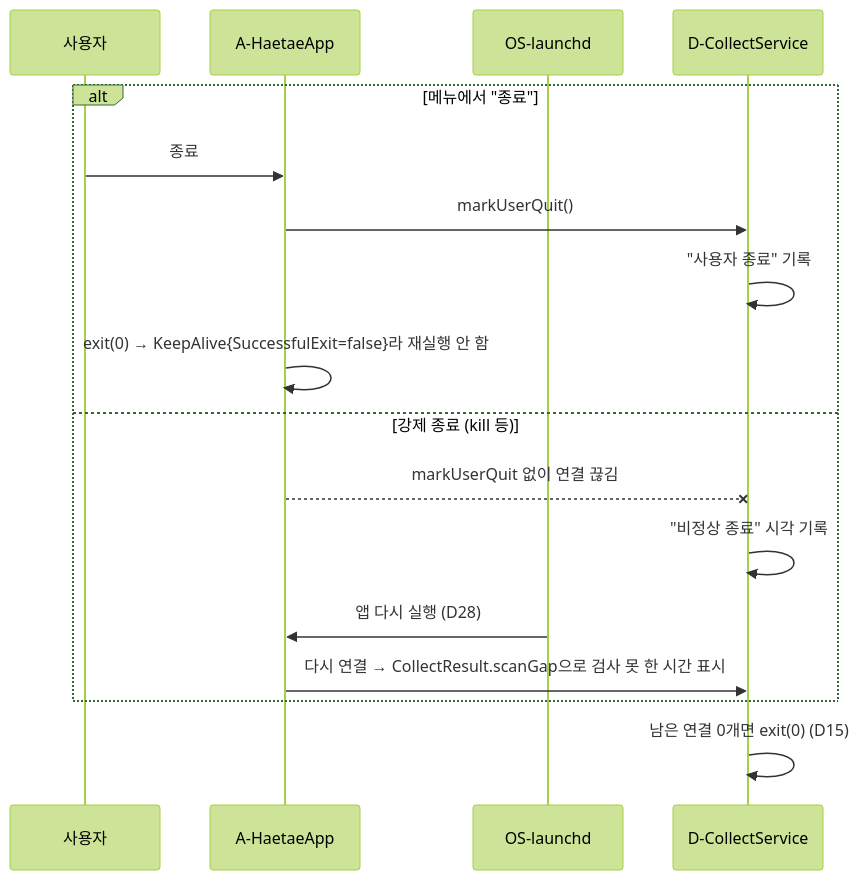
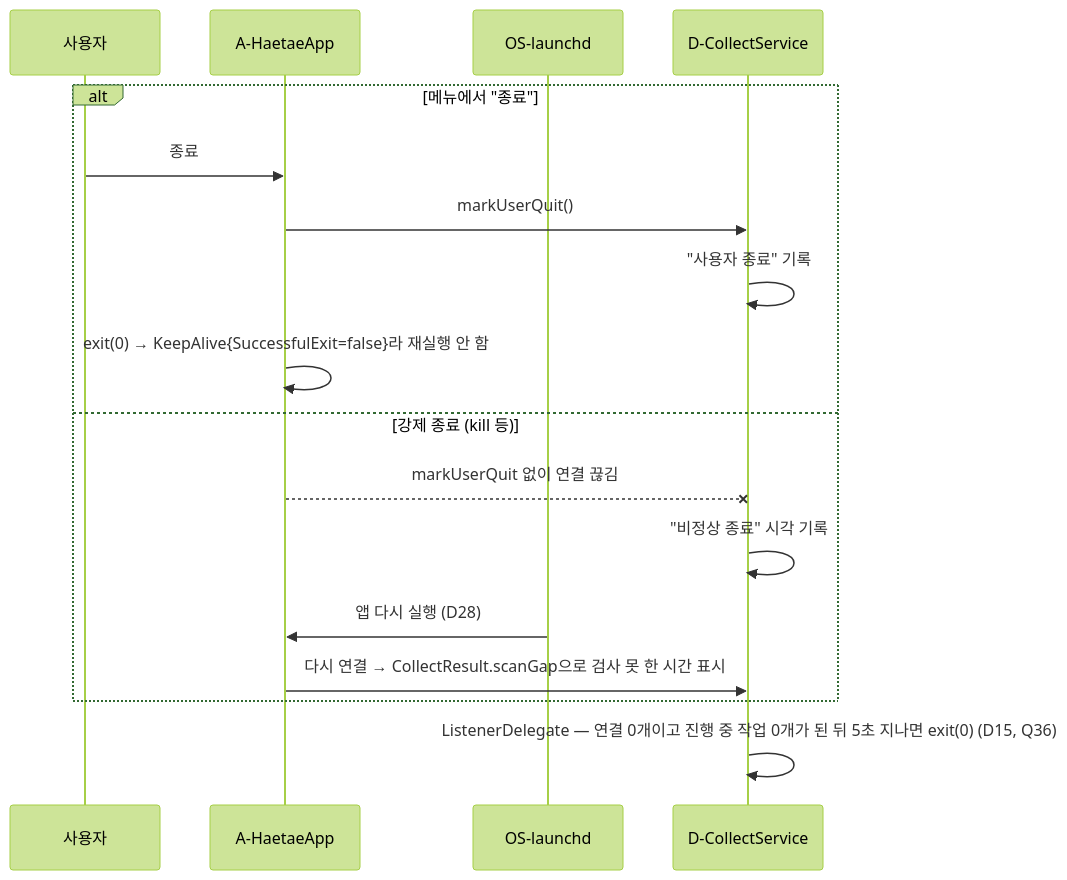
One commit to 10000DOO/Haetae changed the fourth of 7 diagrams in docs/haetae-security-monitor.md. Above: the diagram before and after it, drawn with Mermaid (forest theme). The commit also changed other lines of this file and 1 other file, not shown here.

````diff
--- a/docs/haetae-security-monitor.md
+++ b/docs/haetae-security-monitor.md
@@ -354,19 +353,19 @@
 ```mermaid
 sequenceDiagram
     participant U as 사용자
     participant A as A-HaetaeApp
     participant L as OS-launchd
     participant D as D-CollectService
     alt 메뉴에서 "종료"
         U->>A: 종료
         A->>D: markUserQuit()
         D->>D: "사용자 종료" 기록
         A->>A: exit(0) → KeepAlive{SuccessfulExit=false}라 재실행 안 함
     else 강제 종료 (kill 등)
         A--xD: markUserQuit 없이 연결 끊김
         D->>D: "비정상 종료" 시각 기록
         L->>A: 앱 다시 실행 (D28)
         A->>D: 다시 연결 → CollectResult.scanGap으로 검사 못 한 시간 표시
     end
-    D->>D: 남은 연결 0개면 exit(0) (D15)
+    D->>D: ListenerDelegate — 연결 0개이고 진행 중 작업 0개가 된 뒤 5초 지나면 exit(0) (D15, Q36)
 ```
````
